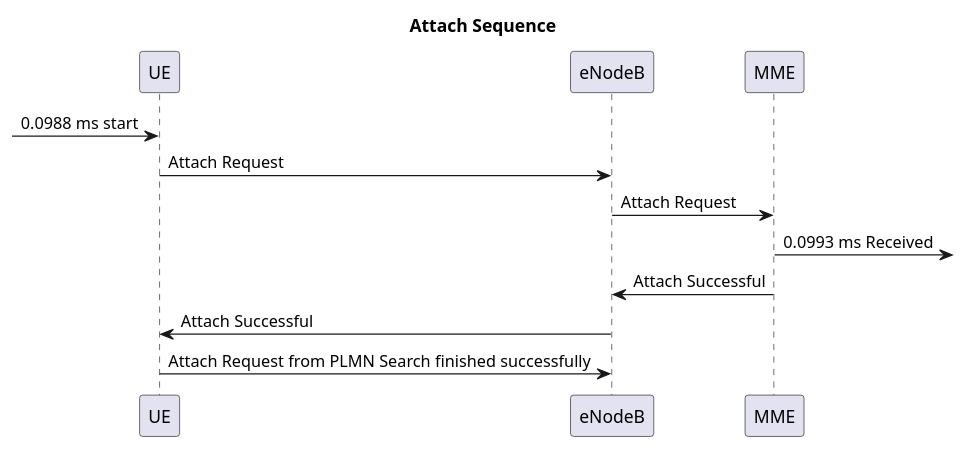
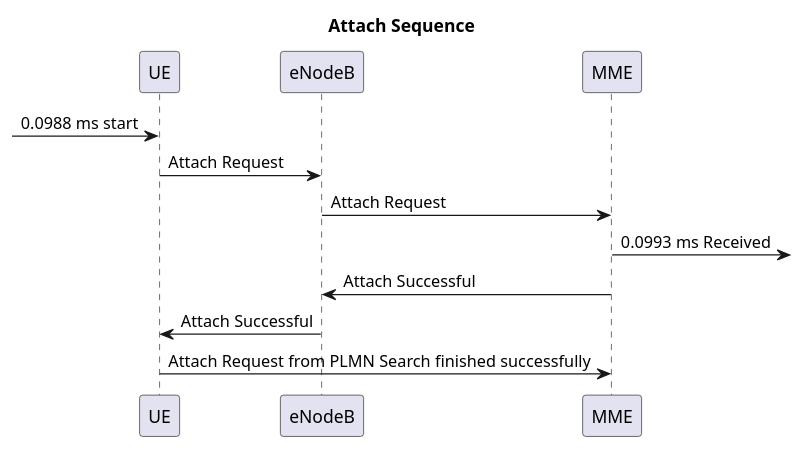
The diagram in Code/test.puml (lmacedob/PIR-7), drawn with PlantUML before and after one commit. The commit also changed 6 other files, not shown here.

```diff
--- a/Code/test.puml
+++ b/Code/test.puml
@@ -1,10 +1,10 @@
 @startuml
 title Attach Sequence
 [-> UE: 0.0988 ms start
 UE -> eNodeB: Attach Request
 eNodeB -> MME: Attach Request
 MME ->]: 0.0993 ms Received
 MME -> eNodeB: Attach Successful
 eNodeB -> UE: Attach Successful
-UE -> eNodeB:  Attach Request from PLMN Search finished successfully
+UE -> MME:  Attach Request from PLMN Search finished successfully
 @enduml
```
